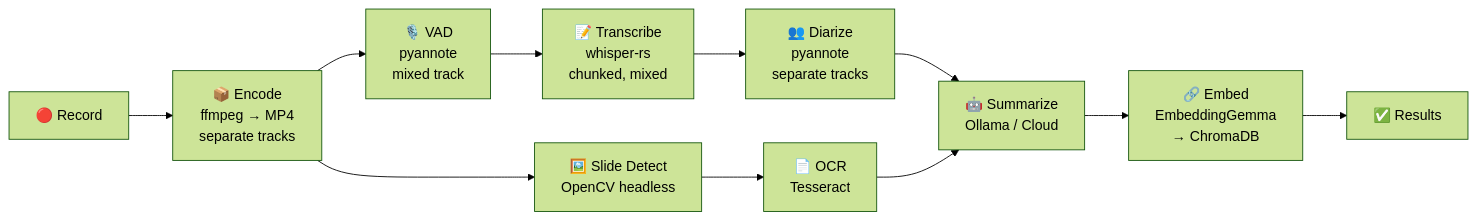
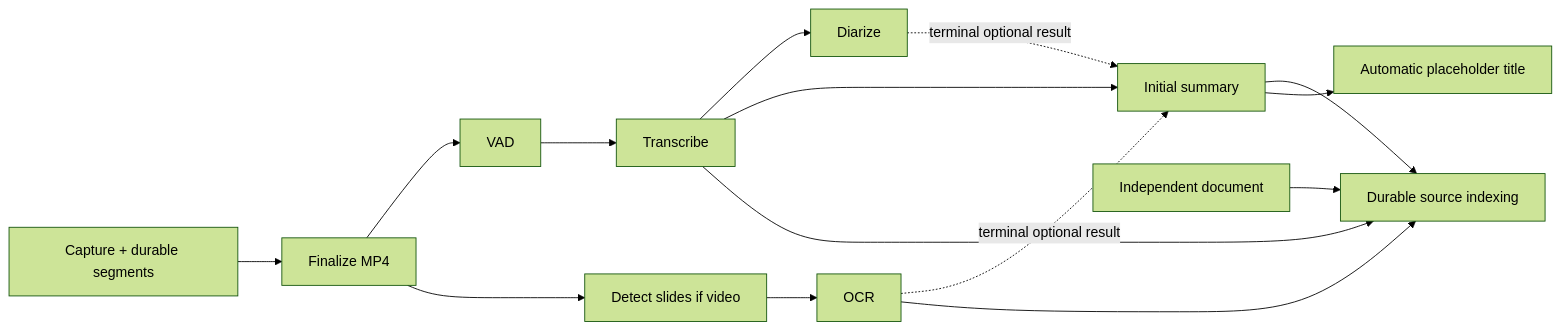
The second of 3 diagrams in docs/plans/DESIGN.md (Astral420/Locus), drawn with Mermaid (forest theme) before and after one commit. The commit also changed other lines of this file and 8 other files, not shown here.

````diff
--- a/docs/plans/DESIGN.md
+++ b/docs/plans/DESIGN.md
@@ -143,13 +150,17 @@
 ```mermaid
 graph LR
-    R[🔴 Record] --> E[📦 Encode<br/>ffmpeg → MP4<br/>separate tracks]
-    E --> VAD[🎙️ VAD<br/>pyannote<br/>mixed track]
-    E --> S[🖼️ Slide Detect<br/>OpenCV headless]
-    VAD --> T[📝 Transcribe<br/>whisper-rs<br/>chunked, mixed]
-    T --> D[👥 Diarize<br/>pyannote<br/>separate tracks]
-    S --> O[📄 OCR<br/>Tesseract]
-    D --> SUM[🤖 Summarize<br/>Ollama / Cloud]
-    O --> SUM
-    SUM --> EMB[🔗 Embed<br/>EmbeddingGemma<br/>→ ChromaDB]
-    EMB --> RES[✅ Results]
+    R[Capture + durable segments] --> E[Finalize MP4]
+    E --> V[VAD]
+    V --> T[Transcribe]
+    E --> S[Detect slides if video]
+    S --> O[OCR]
+    T --> D[Diarize]
+    T --> SUM[Initial summary]
+    D -. terminal optional result .-> SUM
+    O -. terminal optional result .-> SUM
+    T --> I[Durable source indexing]
+    O --> I
+    DOC[Independent document] --> I
+    SUM --> I
+    SUM --> TITLE[Automatic placeholder title]
 ```
````
